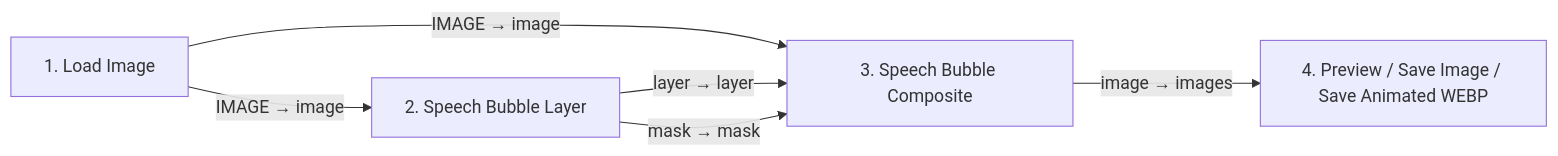
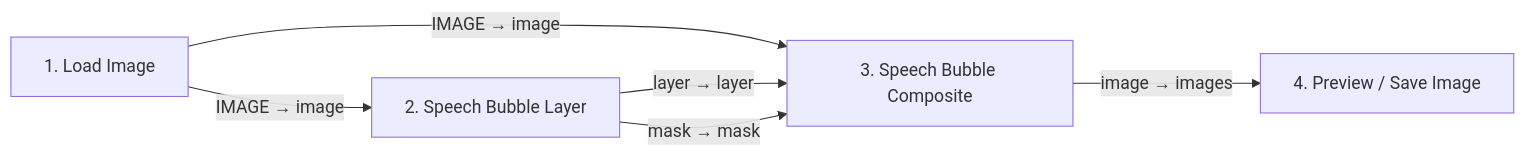
One commit to ukr8b3g-cmyk/Speech-Bubble-Layer changed the diagram in README.md. Above: the diagram before and after it, drawn with Mermaid. The commit also changed other lines of this file and 1 other file, not shown here.

````diff
--- a/README.md
+++ b/README.md
@@ -51,8 +51,8 @@
 ```mermaid
 flowchart LR
     A["1. Load Image"] -->|"IMAGE → image"| B["2. Speech Bubble Layer"]
     A -->|"IMAGE → image"| C["3. Speech Bubble Composite"]
     B -->|"layer → layer"| C
     B -->|"mask → mask"| C
-    C -->|"image → images"| D["4. Preview / Save Image / Save Animated WEBP"]
+    C -->|"image → images"| D["4. Preview / Save Image"]
 ```
````
